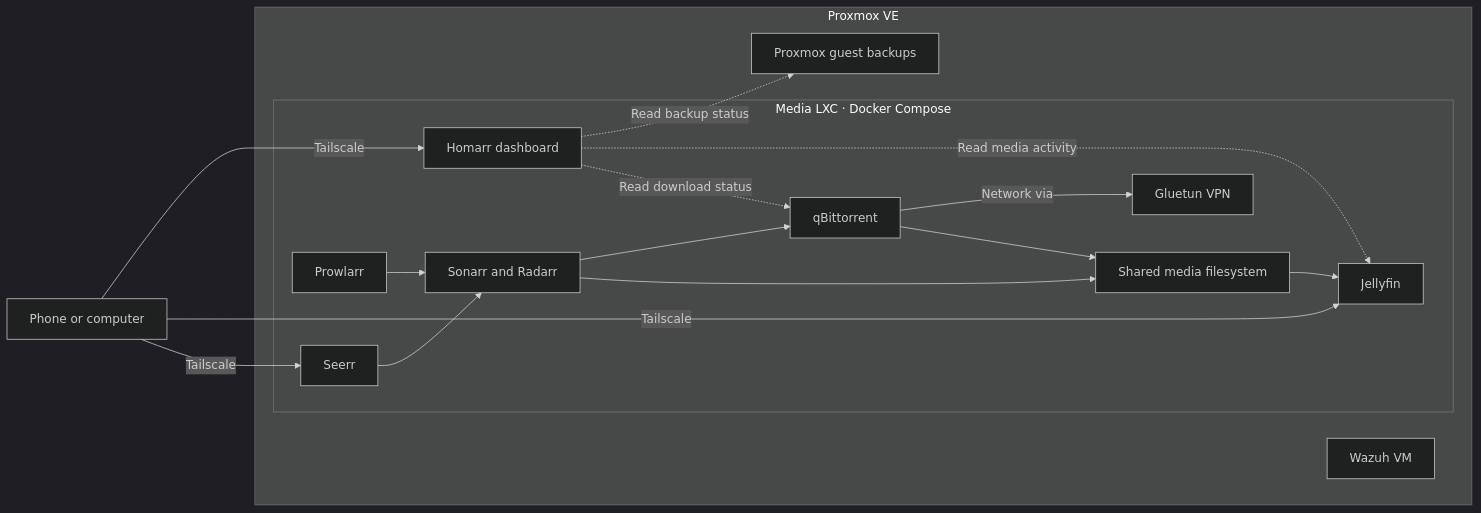
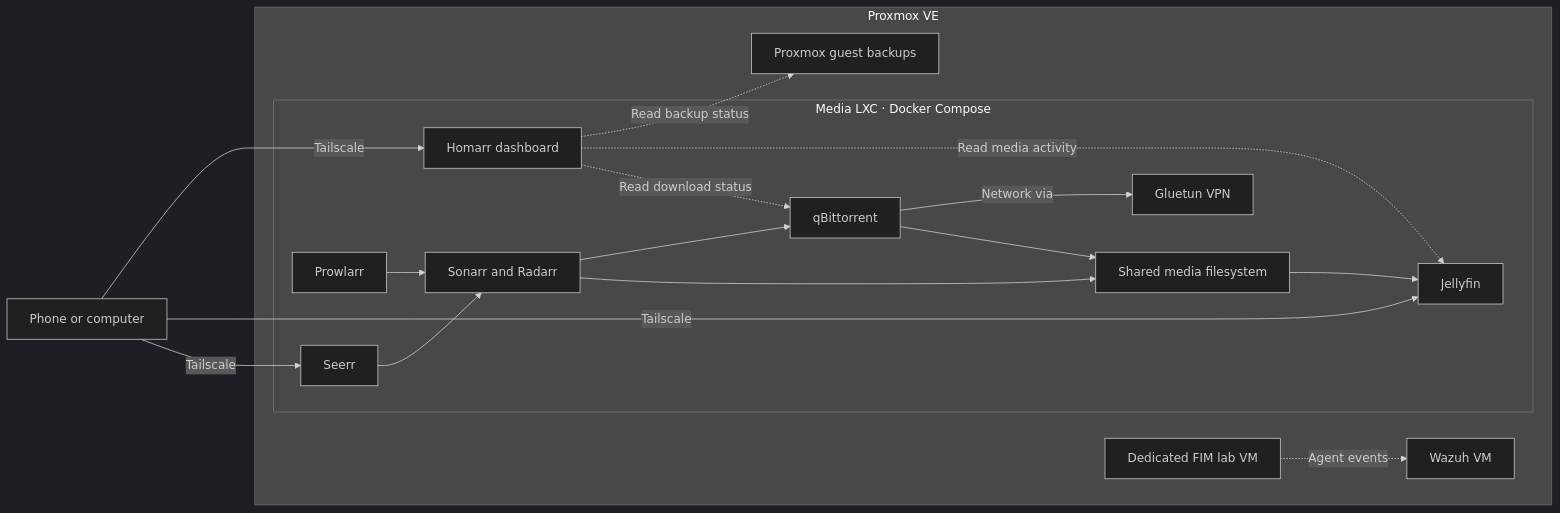
The diagram in README.md (J0N3B0I/Proxmox-homelab), drawn with Mermaid (dark theme) before and after one commit. The commit also changed other lines of this file and 1 other file, not shown here.

Commit message:
Document completed FIM lab, verification and dedicated project repository

````diff
--- a/README.md
+++ b/README.md
@@ -15,24 +19,25 @@
 ```mermaid
 flowchart LR
     Client["Phone or computer"] -->|Tailscale| Homarr
     Client -->|Tailscale| Jellyfin
     Client -->|Tailscale| Seerr
     subgraph PVE["Proxmox VE"]
         subgraph LXC["Media LXC · Docker Compose"]
             Homarr["Homarr dashboard"]
             Jellyfin["Jellyfin"]
             Seerr["Seerr"] --> Arr["Sonarr and Radarr"]
             Prowlarr["Prowlarr"] --> Arr
             Arr --> Download["qBittorrent"]
             Download -->|Network via| Gluetun["Gluetun VPN"]
             Download --> Storage["Shared media filesystem"]
             Arr --> Storage
             Storage --> Jellyfin
         end
         Wazuh["Wazuh VM"]
+    Lab["Dedicated FIM lab VM"] -.->|Agent events| Wazuh
         Backup["Proxmox guest backups"]
     end
     Homarr -.->|Read backup status| Backup
     Homarr -.->|Read media activity| Jellyfin
     Homarr -.->|Read download status| Download
 ```
````
